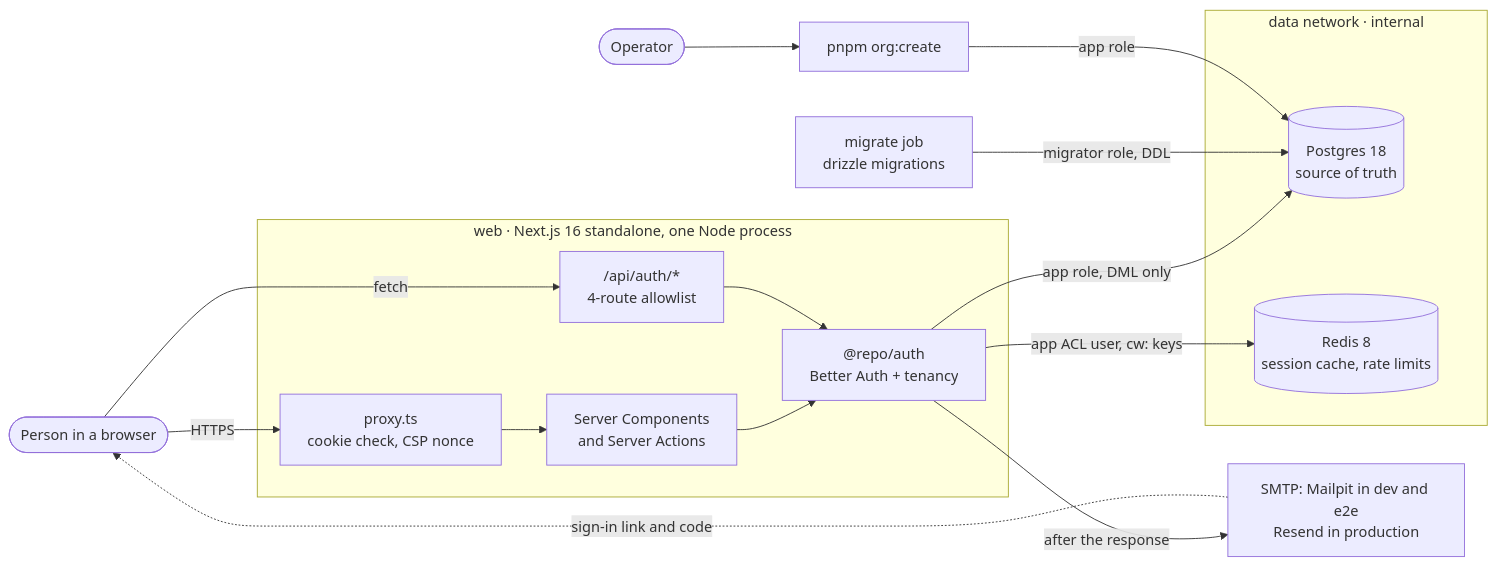
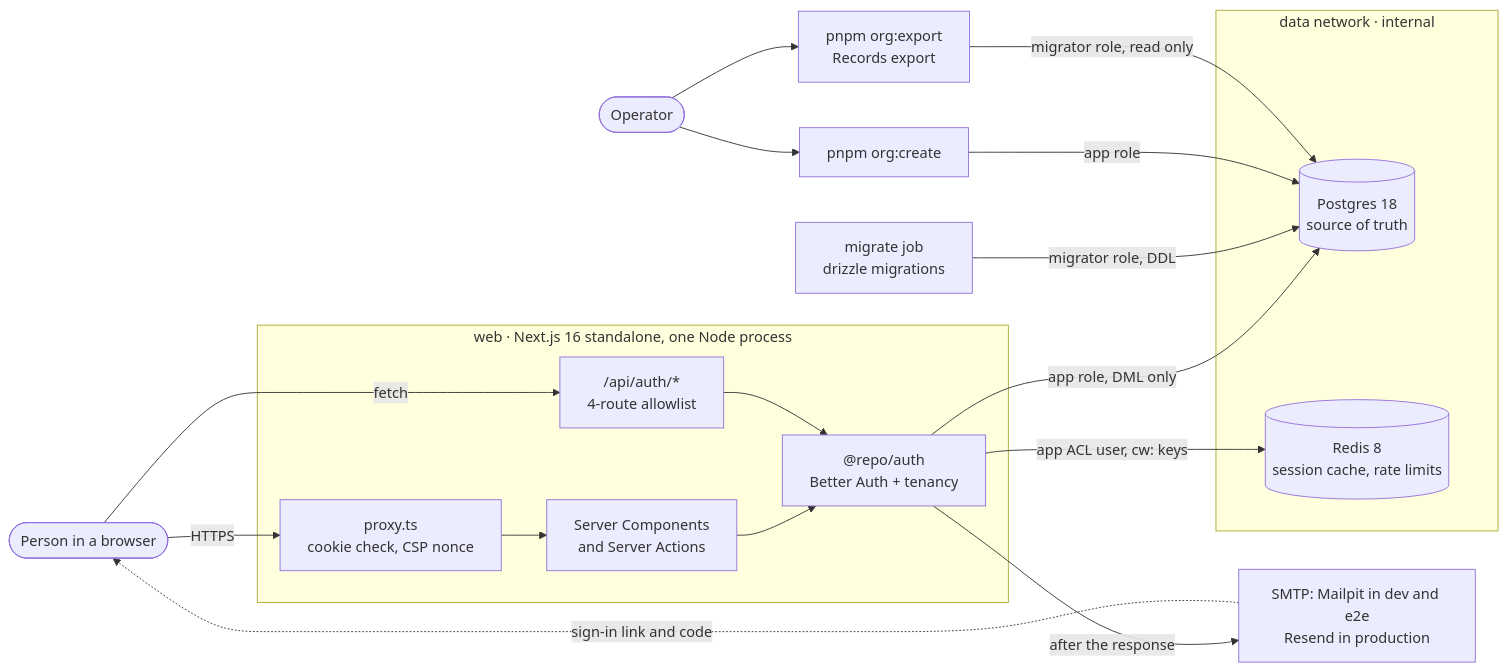
Before and after one commit to m0t0r/cognitive-wealth: the diagram in docs/diagrams/system-context.mmd, drawn with Mermaid. The commit also changed 19 other files, not shown here.

```diff
--- a/docs/diagrams/system-context.mmd
+++ b/docs/diagrams/system-context.mmd
@@ -1,32 +1,35 @@
 flowchart LR
   person([Person in a browser])
   operator([Operator])
 
   subgraph web["web · Next.js 16 standalone, one Node process"]
     proxy["proxy.ts<br/>cookie check, CSP nonce"]
     pages["Server Components<br/>and Server Actions"]
     authapi["/api/auth/*<br/>4-route allowlist"]
     lib["@repo/auth<br/>Better Auth + tenancy"]
   end
 
   subgraph data["data network · internal"]
     pg[("Postgres 18<br/>source of truth")]
     redis[("Redis 8<br/>session cache, rate limits")]
   end
 
   mail["SMTP: Mailpit in dev and e2e<br/>Resend in production"]
   migrate["migrate job<br/>drizzle migrations"]
   cli["pnpm org:create"]
+  export["pnpm org:export<br/>Records export"]
 
   person -->|HTTPS| proxy
   proxy --> pages
   person -->|fetch| authapi
   pages --> lib
   authapi --> lib
   lib -->|"app role, DML only"| pg
   lib -->|"app ACL user, cw: keys"| redis
   lib -->|"after the response"| mail
   mail -.->|sign-in link and code| person
   migrate -->|"migrator role, DDL"| pg
   operator --> cli
   cli -->|app role| pg
+  operator --> export
+  export -->|"migrator role, read only"| pg
```
